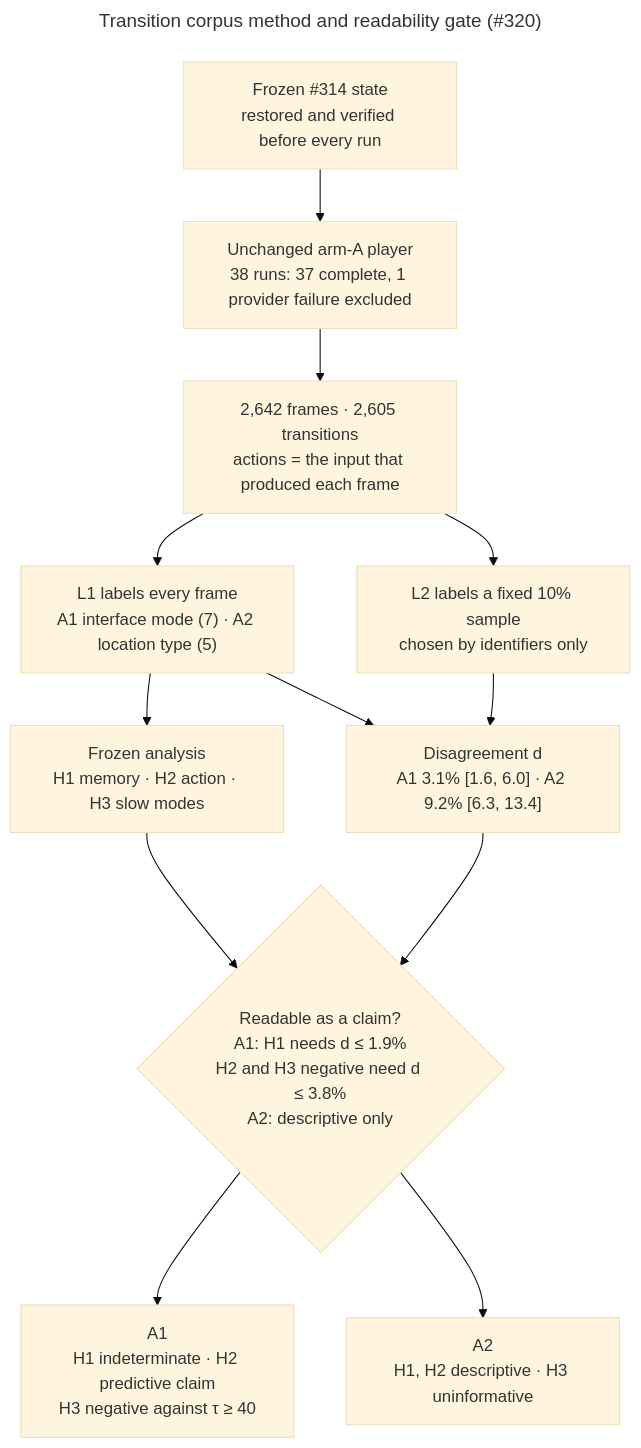
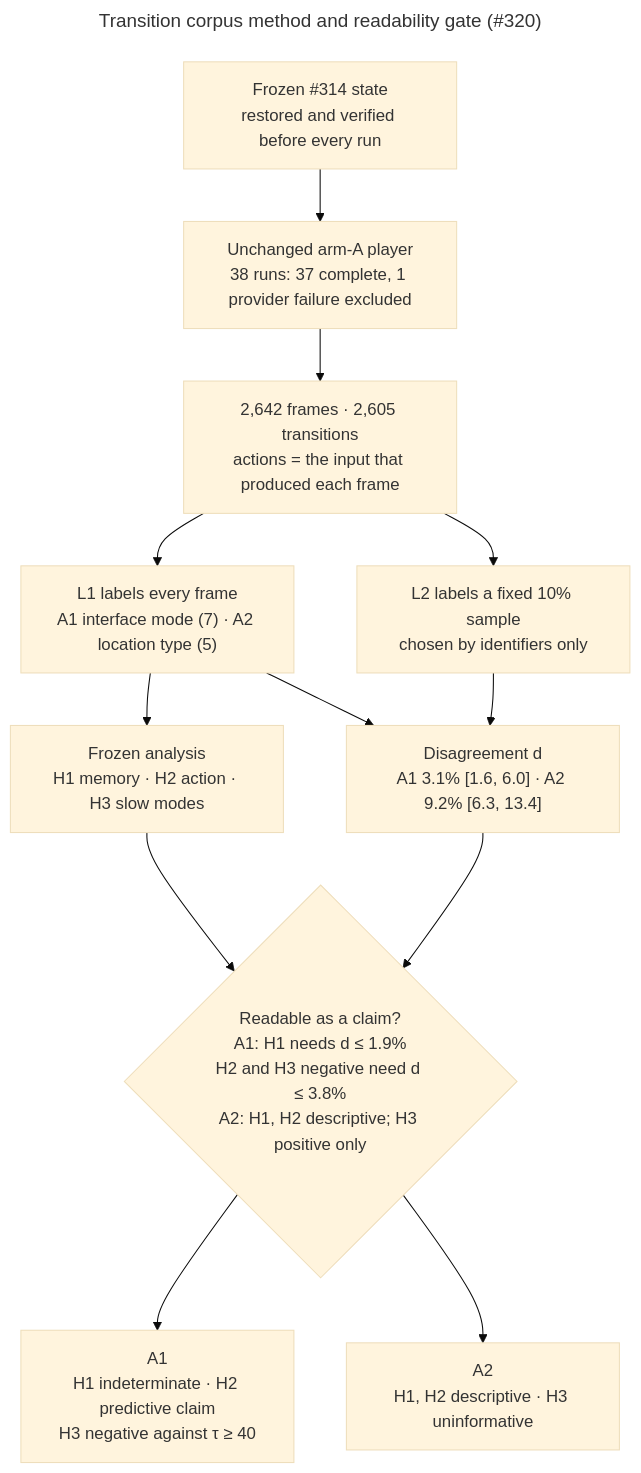
The diagram in docs/diagrams/transition-corpus.mmd (CVX-Hull/enactive), drawn with Mermaid (base theme) before and after one commit. The commit also changed 5 other files, not shown here.

```diff
--- a/docs/diagrams/transition-corpus.mmd
+++ b/docs/diagrams/transition-corpus.mmd
@@ -1,26 +1,26 @@
 ---
 title: Transition corpus method and readability gate (#320)
 ---
 flowchart TB
   accTitle: How the #320 transition corpus became readable results
-  accDescr: Thirty-seven complete runs of the unchanged #314 arm-A player, each restored to the same frozen state, produced 2,642 frames and 2,605 transitions. One labeller labelled every frame with two frozen alphabets; a second labeller labelled a fixed 10 percent sample, and their disagreement d gates what may be read as a claim. The frozen analysis computed the H1, H2 and H3 rules. On A1, d was 3.1 percent, so H1 is indeterminate, H2 is a predictive claim and the H3 negative is a claim only against slow modes with a timescale of 40 steps or more. On A2 every result is descriptive or uninformative.
+  accDescr: Thirty-seven complete runs of the unchanged #314 arm-A player, each restored to the same frozen state, produced 2,642 frames and 2,605 transitions. One labeller labelled every frame with two frozen alphabets; a second labeller labelled a fixed 10 percent sample, and their disagreement d gates what may be read as a claim. The frozen analysis computed the H1, H2 and H3 rules. On A1, d was 3.1 percent, so H1 is indeterminate, H2 is a predictive claim and the H3 negative is a claim only against two-set slow modes with a timescale of 40 steps or more. On A2, H1 and H2 are descriptive and only an H3 positive could have been read; the H3 negative is uninformative.
   S["Frozen #314 state\nrestored and verified before every run"]
   P["Unchanged arm-A player\n38 runs: 37 complete, 1 provider failure excluded"]
   F["2,642 frames · 2,605 transitions\nactions = the input that produced each frame"]
   L1["L1 labels every frame\nA1 interface mode (7) · A2 location type (5)"]
   L2["L2 labels a fixed 10% sample\nchosen by identifiers only"]
   D["Disagreement d\nA1 3.1% [1.6, 6.0] · A2 9.2% [6.3, 13.4]"]
   AN["Frozen analysis\nH1 memory · H2 action · H3 slow modes"]
-  G{"Readable as a claim?\nA1: H1 needs d ≤ 1.9%\nH2 and H3 negative need d ≤ 3.8%\nA2: descriptive only"}
+  G{"Readable as a claim?\nA1: H1 needs d ≤ 1.9%\nH2 and H3 negative need d ≤ 3.8%\nA2: H1, H2 descriptive; H3 positive only"}
   R1["A1\nH1 indeterminate · H2 predictive claim\nH3 negative against τ ≥ 40"]
   R2["A2\nH1, H2 descriptive · H3 uninformative"]
   S --> P --> F
   F --> L1
   F --> L2
   L1 --> D
   L2 --> D
   L1 --> AN
   AN --> G
   D --> G
   G --> R1
   G --> R2
```
